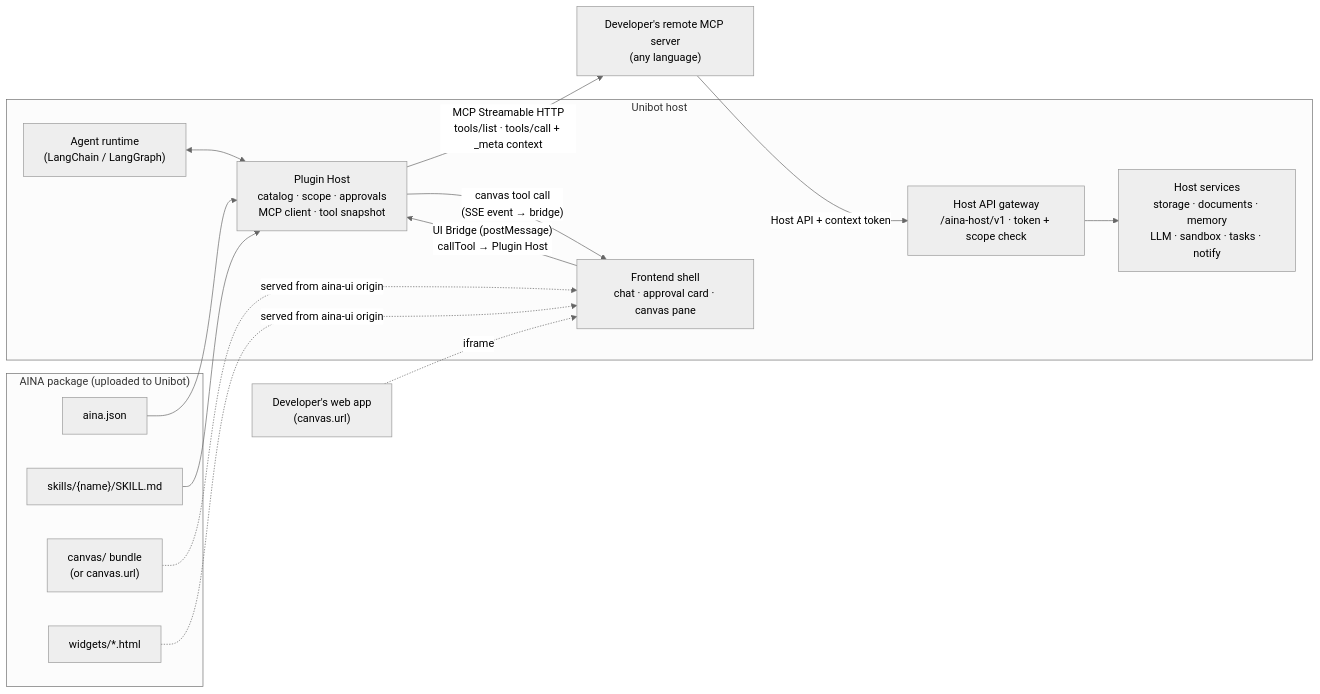
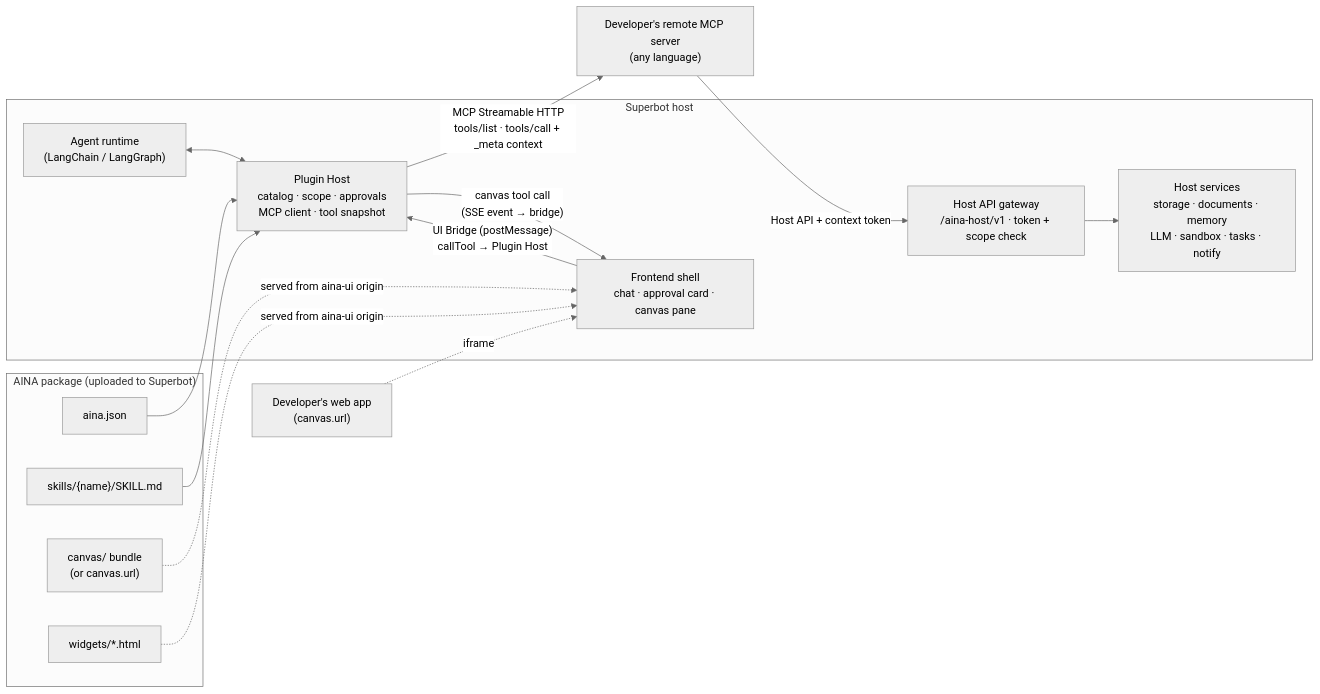
Before and after one commit to Tianzhou-Agent/Unibot: the first of 3 diagrams in docs/aina-protocol-v2-design_88989a8d.md, drawn with Mermaid (neutral theme). The commit also changed other lines of this file and 156 other files, not shown here.

First line of the commit message:
chore: rename the product from Unibot to Superbot in user-facing text

````diff
--- a/docs/aina-protocol-v2-design_88989a8d.md
+++ b/docs/aina-protocol-v2-design_88989a8d.md
@@ -102,31 +102,31 @@
 ```mermaid
 flowchart LR
-    subgraph Package["AINA package (uploaded to Unibot)"]
+    subgraph Package["AINA package (uploaded to Superbot)"]
         Manifest["aina.json"]
         Skills["skills/{name}/SKILL.md"]
         Canvas["canvas/ bundle<br/>(or canvas.url)"]
         Widgets["widgets/*.html"]
     end
 
-    subgraph Host["Unibot host"]
+    subgraph Host["Superbot host"]
         Agent["Agent runtime<br/>(LangChain / LangGraph)"]
         PH["Plugin Host<br/>catalog · scope · approvals<br/>MCP client · tool snapshot"]
         HAPI["Host API gateway<br/>/aina-host/v1 · token + scope check"]
         Services["Host services<br/>storage · documents · memory<br/>LLM · sandbox · tasks · notify"]
         Shell["Frontend shell<br/>chat · approval card · canvas pane"]
         Agent <--> PH
         HAPI --> Services
     end
 
     MCP["Developer's remote MCP server<br/>(any language)"]
 
     Manifest --> PH
     Skills --> PH
     Canvas -. "served from aina-ui origin" .-> Shell
     Widgets -. "served from aina-ui origin" .-> Shell
     PH -- "MCP Streamable HTTP<br/>tools/list · tools/call + _meta context" --> MCP
     MCP -- "Host API + context token" --> HAPI
     Shell -- "UI Bridge (postMessage)<br/>callTool → Plugin Host" --> PH
     PH -- "canvas tool call<br/>(SSE event → bridge)" --> Shell
     WebApp["Developer's web app<br/>(canvas.url)"] -. "iframe" .-> Shell
 ```
````
